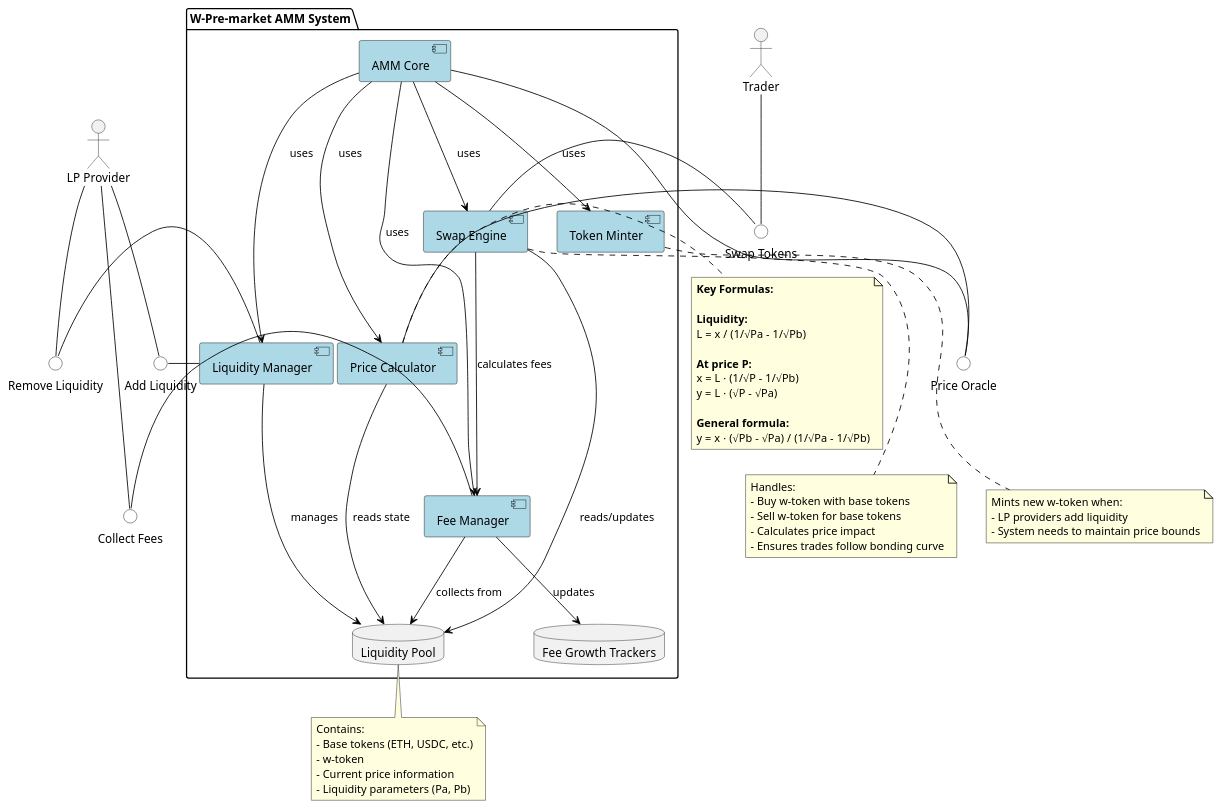
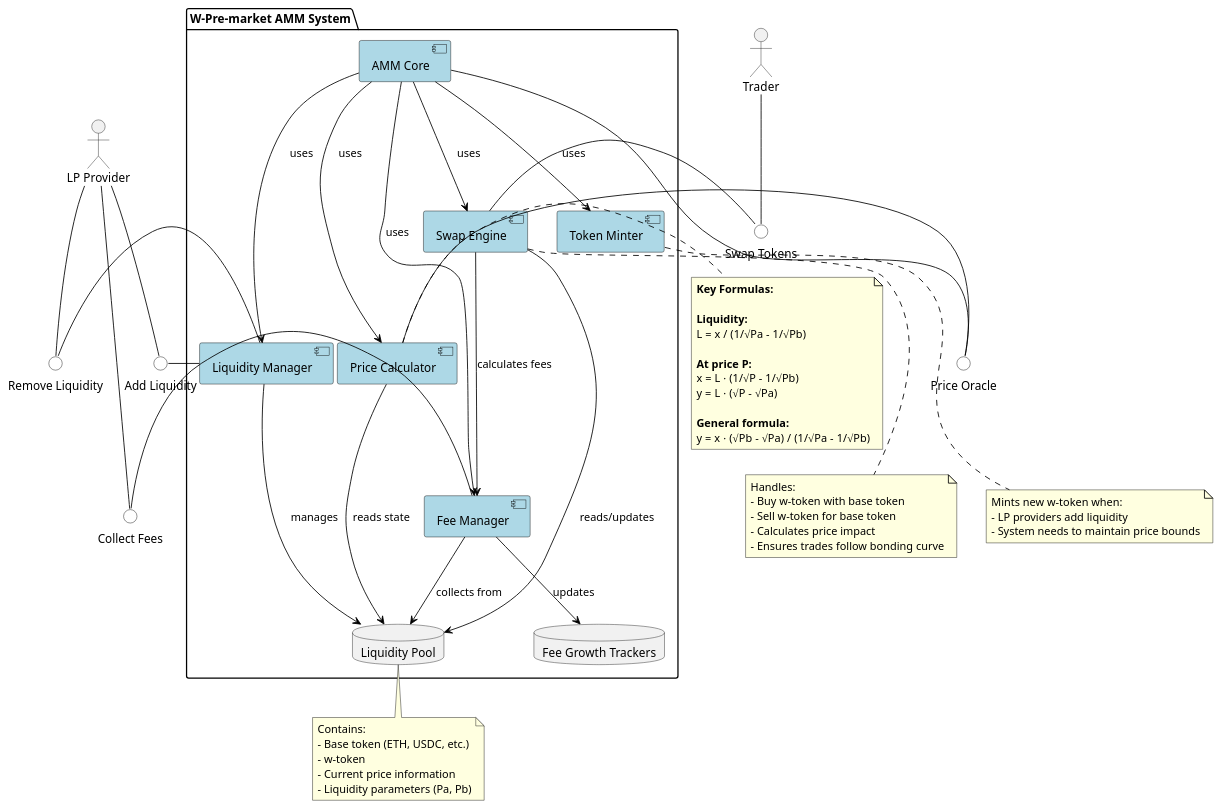
The diagram in whales/w_pre_market_amm_component.wsd (nierdna/hermit-diagrams), drawn with PlantUML before and after one commit. The commit also changed 3 other files, not shown here.

First line of the commit message:
Standardize base token terminology in W-Pre-market AMM documentation

```diff
--- a/whales/w_pre_market_amm_component.wsd
+++ b/whales/w_pre_market_amm_component.wsd
@@ -1,105 +1,105 @@
 @startuml W-Pre-market AMM Component Diagram
 
 ' Style
 skinparam component {
     BackgroundColor LightBlue
     BorderColor Black
     ArrowColor Black
 }
 
 skinparam interface {
     BackgroundColor White
     BorderColor Black
 }
 
 skinparam note {
     BackgroundColor LightYellow
     BorderColor Black
 }
 
 ' Components
 package "W-Pre-market AMM System" {
     component [AMM Core] as Core
     component [Price Calculator] as Calculator
     component [Token Minter] as Minter
     component [Liquidity Manager] as LiquidityManager
     component [Swap Engine] as SwapEngine
     component [Fee Manager] as FeeManager
     database "Liquidity Pool" as Pool
     database "Fee Growth Trackers" as FeeTrackers
 }
 
 ' External actors
 actor "LP Provider" as LPProvider
 actor "Trader" as Trader
 
 ' Interfaces
 interface "Add Liquidity" as IAddLiquidity
 interface "Remove Liquidity" as IRemoveLiquidity
 interface "Swap Tokens" as ISwap
 interface "Price Oracle" as IPriceOracle
 interface "Collect Fees" as ICollectFees
 
 ' Connections
 LPProvider -- IAddLiquidity
 LPProvider -- IRemoveLiquidity
 LPProvider -- ICollectFees
 Trader -- ISwap
 Core -- IPriceOracle
 
 IAddLiquidity - LiquidityManager
 IRemoveLiquidity - LiquidityManager
 ICollectFees - FeeManager
 ISwap - SwapEngine
 IPriceOracle - Calculator
 
 Core --> Calculator : uses
 Core --> Minter : uses
 Core --> LiquidityManager : uses
 Core --> SwapEngine : uses
 Core --> FeeManager : uses
 LiquidityManager --> Pool : manages
 SwapEngine --> Pool : reads/updates
 SwapEngine --> FeeManager : calculates fees
 FeeManager --> FeeTrackers : updates
 FeeManager --> Pool : collects from
 Calculator --> Pool : reads state
 
 ' Notes with formulas
 note right of Calculator
   <b>Key Formulas:</b>
   
   <b>Liquidity:</b>
   L = x / (1/√Pa - 1/√Pb)
   
   <b>At price P:</b>
   x = L · (1/√P - 1/√Pb)
   y = L · (√P - √Pa)
   
   <b>General formula:</b>
   y = x · (√Pb - √Pa) / (1/√Pa - 1/√Pb)
 end note
 
 note bottom of Pool
   Contains:
-  - Base tokens (ETH, USDC, etc.)
+  - Base token (ETH, USDC, etc.)
   - w-token
   - Current price information
   - Liquidity parameters (Pa, Pb)
 end note
 
 note bottom of Minter
   Mints new w-token when:
   - LP providers add liquidity
   - System needs to maintain price bounds
 end note
 
 note bottom of SwapEngine
   Handles:
-  - Buy w-token with base tokens
-  - Sell w-token for base tokens
+  - Buy w-token with base token
+  - Sell w-token for base token
   - Calculates price impact
   - Ensures trades follow bonding curve
 end note
 
 @enduml 
```
